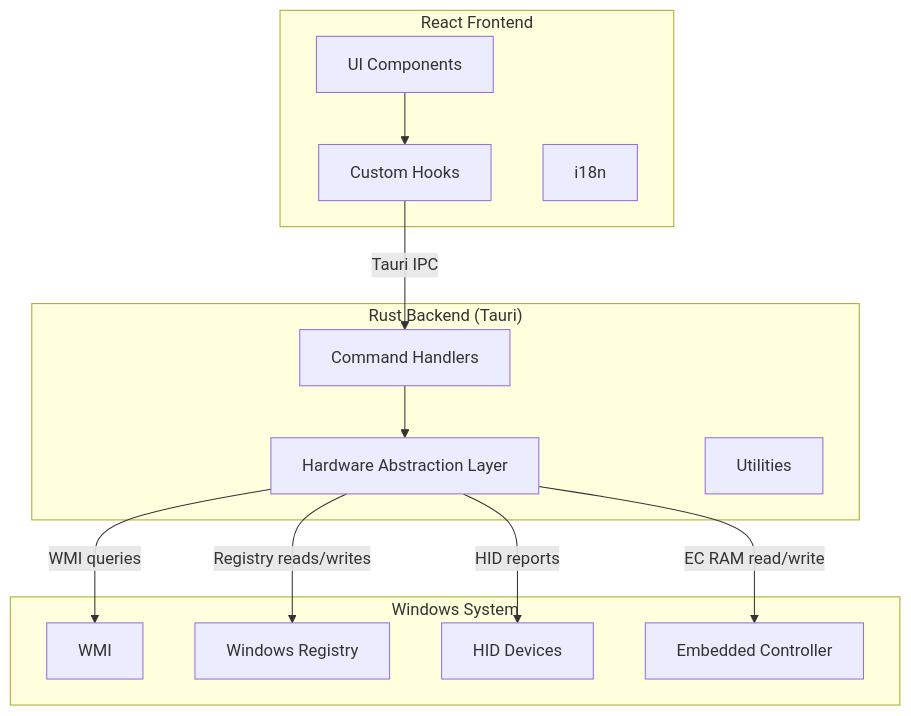
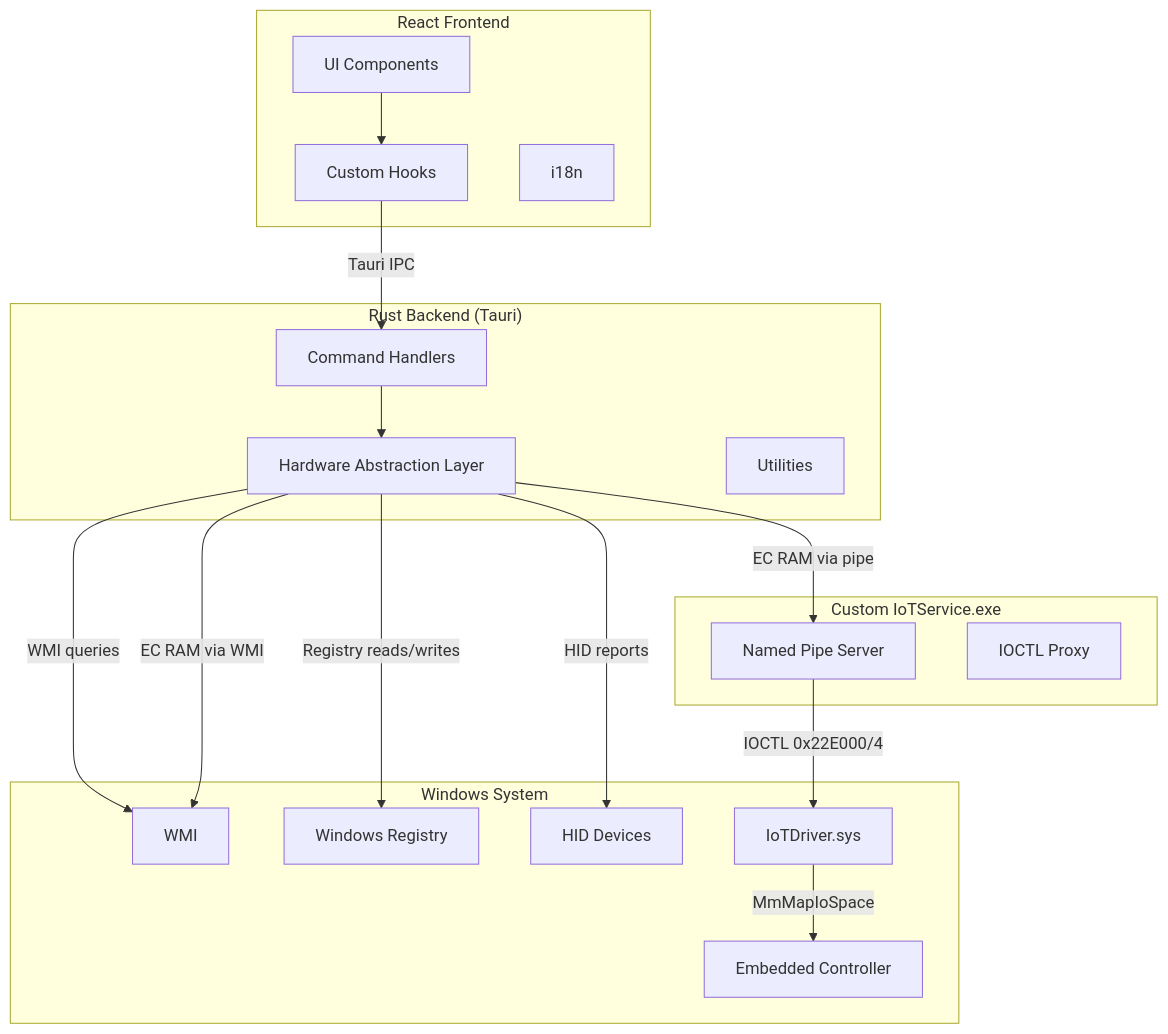
The diagram in docs/architecture.md (Freitas-MA/micontrol), drawn with Mermaid before and after one commit. The commit also changed other lines of this file and 43 other files, not shown here.

First line of the commit message:
feat(v0.1.2): custom IoTService.exe, ECRAM pipe client, RE documentation, keyboard tab

````diff
--- a/docs/architecture.md
+++ b/docs/architecture.md
@@ -18,29 +18,38 @@
 ```mermaid
 graph TB
     subgraph Frontend["React Frontend"]
         UI[UI Components]
         Hooks[Custom Hooks]
         I18n[i18n]
     end
 
     subgraph Backend["Rust Backend (Tauri)"]
         Commands[Command Handlers]
         HAL[Hardware Abstraction Layer]
         Utils[Utilities]
     end
 
+    subgraph Service["Custom IoTService.exe"]
+        PipeServer[Named Pipe Server]
+        IOCTL[IOCTL Proxy]
+    end
+
     subgraph System["Windows System"]
         WMI[WMI]
         Registry[Windows Registry]
         HID[HID Devices]
+        Driver[IoTDriver.sys]
         EC[Embedded Controller]
     end
 
     UI --> Hooks
     Hooks -->|Tauri IPC| Commands
     Commands --> HAL
     HAL -->|WMI queries| WMI
     HAL -->|Registry reads/writes| Registry
     HAL -->|HID reports| HID
-    HAL -->|EC RAM read/write| EC
+    HAL -->|EC RAM via pipe| PipeServer
+    PipeServer -->|IOCTL 0x22E000/4| Driver
+    Driver -->|MmMapIoSpace| EC
+    HAL -->|EC RAM via WMI| WMI
 ```
````
